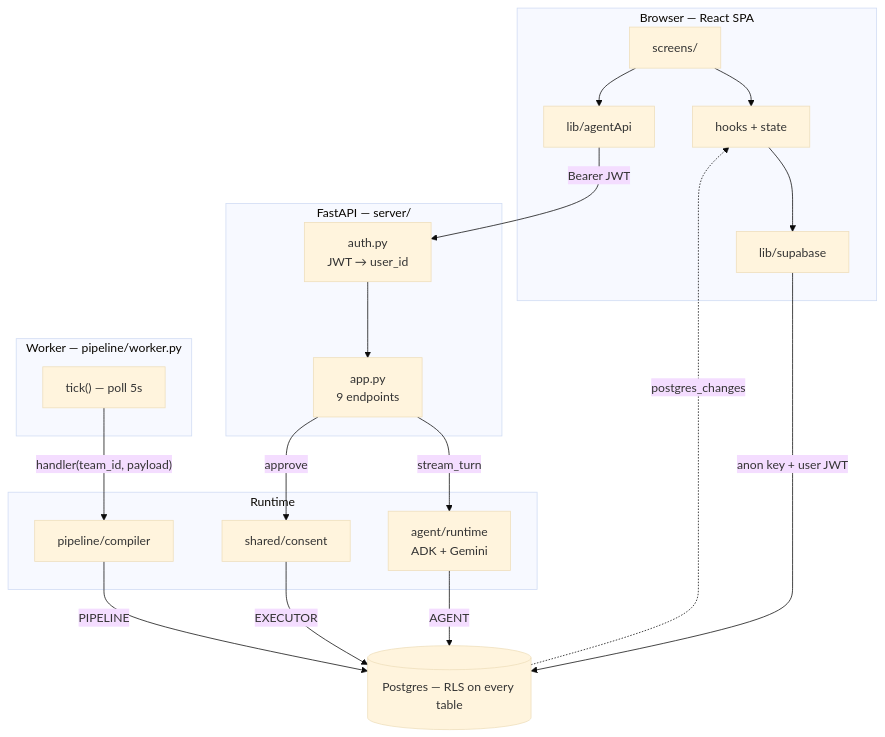
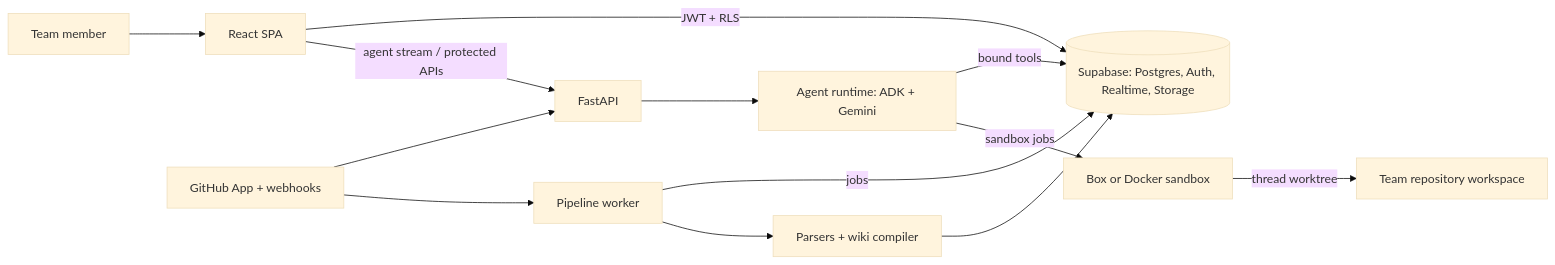
Before and after one commit to Ranveersingh1113/Comrade: the diagram in docs/architecture.md, drawn with Mermaid (base theme). The commit also changed other lines of this file and 67 other files, not shown here.

````diff
--- a/docs/architecture.md
+++ b/docs/architecture.md
@@ -75,38 +14,15 @@
 ```mermaid
-flowchart TB
-    subgraph BROWSER["Browser — React SPA"]
-        SCR[screens/]
-        HK[hooks + state]
-        API[lib/agentApi]
-        SB[lib/supabase]
-    end
-
-    subgraph EDGE["FastAPI — server/"]
-        AUTH[auth.py<br/>JWT → user_id]
-        APP[app.py<br/>9 endpoints]
-    end
-
-    subgraph WORK["Worker — pipeline/worker.py"]
-        TICK["tick() — poll 5s"]
-    end
-
-    subgraph RT["Runtime"]
-        RUN[agent/runtime<br/>ADK + Gemini]
-        CON[shared/consent]
-        COMP[pipeline/compiler]
-    end
-
-    PG[(Postgres — RLS on every table)]
-
-    SCR --> HK --> SB
-    SCR --> API
-    SB -->|"anon key + user JWT"| PG
-    API -->|"Bearer JWT"| AUTH --> APP
-    APP -->|"stream_turn"| RUN
-    APP -->|"approve"| CON
-    TICK -->|"handler(team_id, payload)"| COMP
-    RUN -->|AGENT| PG
-    CON -->|EXECUTOR| PG
-    COMP -->|PIPELINE| PG
-    PG -.->|"postgres_changes"| HK
+flowchart LR
+  U[Team member] --> F[React SPA]
+  F -->|JWT + RLS| S[(Supabase: Postgres, Auth, Realtime, Storage)]
+  F -->|agent stream / protected APIs| A[FastAPI]
+  A --> R[Agent runtime: ADK + Gemini]
+  R -->|bound tools| S
+  R -->|sandbox jobs| B[Box or Docker sandbox]
+  W[Pipeline worker] -->|jobs| S
+  W --> C[Parsers + wiki compiler]
+  C --> S
+  G[GitHub App + webhooks] --> A
+  G --> W
+  B -->|thread worktree| X[Team repository workspace]
 ```
````
